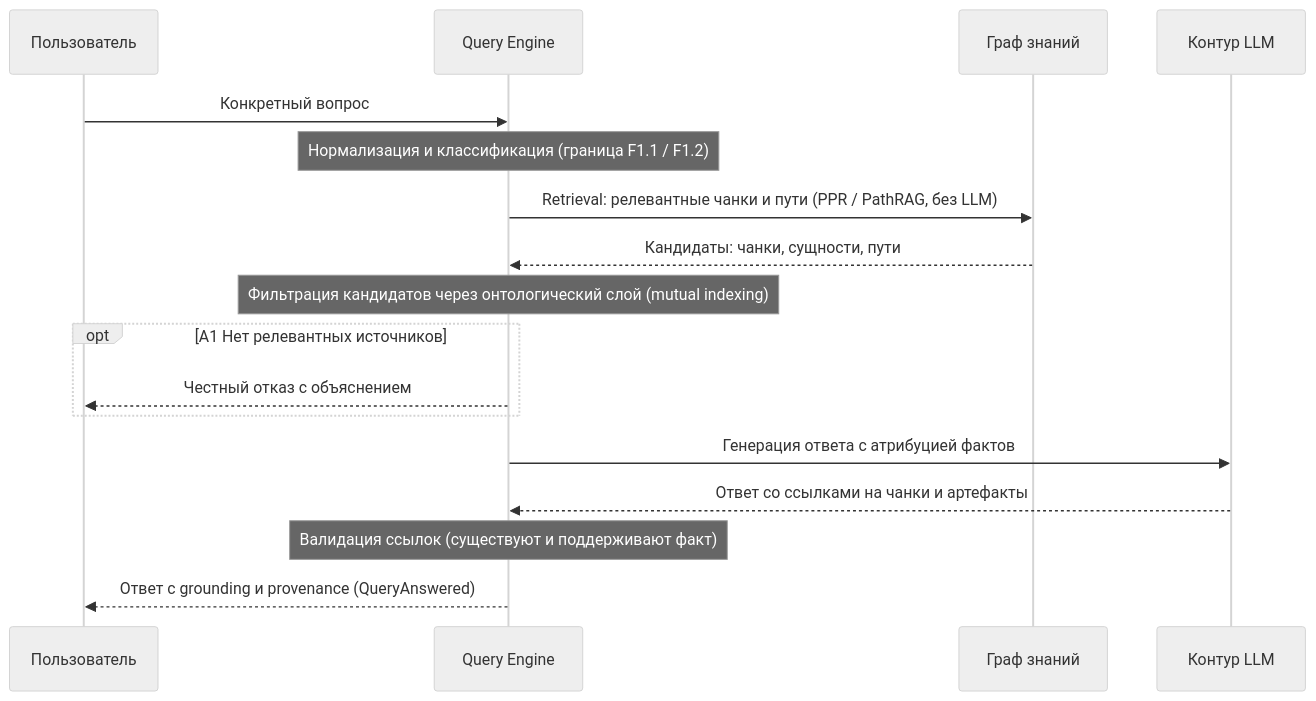
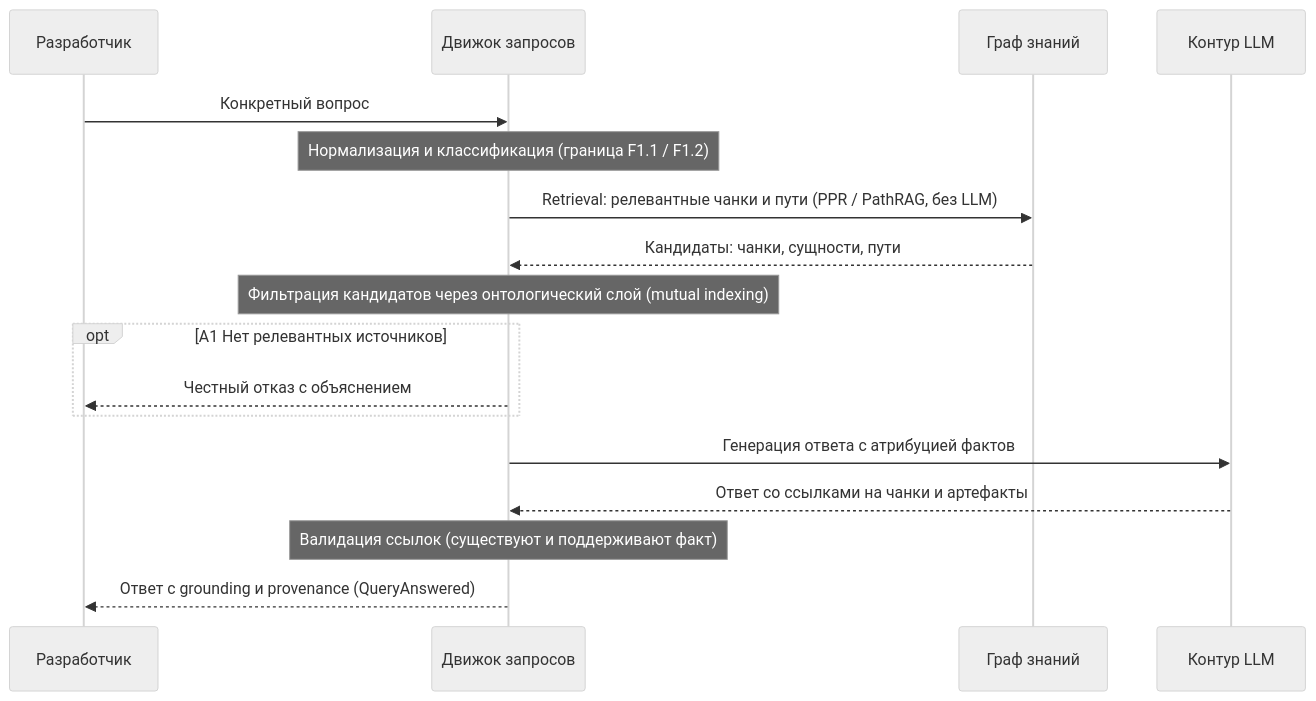
The diagram in specs/use-cases/UC-answers.grounding.cited-answer.md (n-marusov/graphrag), drawn with Mermaid (neutral theme) before and after one commit. The commit also changed other lines of this file and 24 other files, not shown here.

````diff
--- a/specs/use-cases/UC-answers.grounding.cited-answer.md
+++ b/specs/use-cases/UC-answers.grounding.cited-answer.md
@@ -15,22 +15,22 @@
 ```mermaid
 sequenceDiagram
-    participant User as Пользователь
-    participant QE as Query Engine
+    participant User as Разработчик
+    participant QE as Движок запросов
     participant KG as Граф знаний
     participant LLM as Контур LLM
 
     User->>QE: Конкретный вопрос
     Note over QE: Нормализация и классификация (граница F1.1 / F1.2)
     QE->>KG: Retrieval: релевантные чанки и пути (PPR / PathRAG, без LLM)
     KG-->>QE: Кандидаты: чанки, сущности, пути
     Note over QE: Фильтрация кандидатов через онтологический слой (mutual indexing)
 
     opt A1 Нет релевантных источников
         QE-->>User: Честный отказ с объяснением
     end
 
     QE->>LLM: Генерация ответа с атрибуцией фактов
     LLM-->>QE: Ответ со ссылками на чанки и артефакты
     Note over QE: Валидация ссылок (существуют и поддерживают факт)
     QE-->>User: Ответ с grounding и provenance (QueryAnswered)
 ```
````
